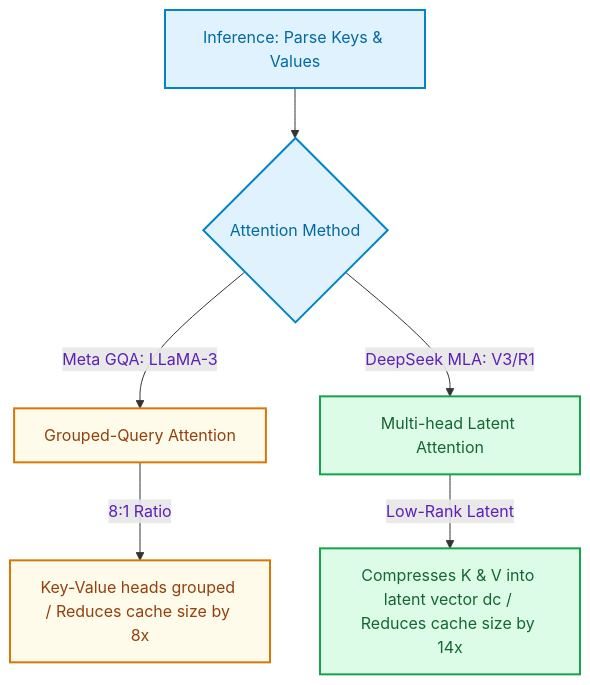
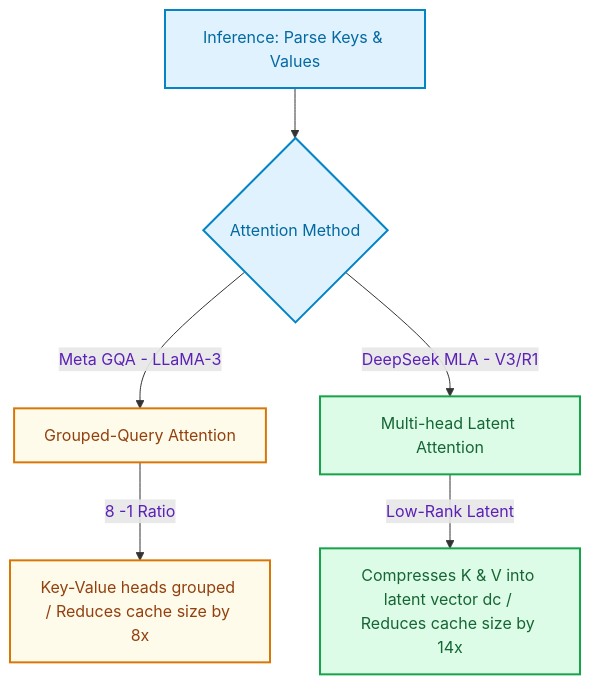
Before and after one commit to akmalkhaniub/akmalkhaniub.github.io: the diagram in blog/posts/kv-cache-compression-mla-vs-gqa.md, drawn with Mermaid. The commit also changed 411 other files, not shown here.

````diff
--- a/blog/posts/kv-cache-compression-mla-vs-gqa.md
+++ b/blog/posts/kv-cache-compression-mla-vs-gqa.md
@@ -24,19 +24,19 @@
 ```mermaid
-graph TD
+flowchart TD
     classDef check fill:#e0f2fe,stroke:#0284c7,stroke-width:2px,color:#0369a1;
     classDef gqaStyle fill:#fffbeb,stroke:#d97706,stroke-width:2px,color:#92400e;
     classDef mlaStyle fill:#dcfce7,stroke:#16a34a,stroke-width:2px,color:#166534;
     classDef label fill:#f3e8ff,stroke:#7c3aed,stroke-width:2px,color:#5b21b6;
 
     Start[Inference: Parse Keys & Values] --> Compression{Attention Method}
     
-    Compression -->|Meta GQA: LLaMA-3| PathGQA[Grouped-Query Attention]
-    Compression -->|DeepSeek MLA: V3/R1| PathMLA[Multi-head Latent Attention]
+    Compression -->|Meta GQA - LLaMA-3| PathGQA[Grouped-Query Attention]
+    Compression -->|DeepSeek MLA - V3/R1| PathMLA[Multi-head Latent Attention]
     
-    PathGQA -->|8:1 Ratio| HBM_Save1[Key-Value heads grouped / Reduces cache size by 8x]
+    PathGQA -->|8 -1 Ratio| HBM_Save1[Key-Value heads grouped / Reduces cache size by 8x]
     PathMLA -->|Low-Rank Latent| HBM_Save2[Compresses K & V into latent vector dc / Reduces cache size by 14x]
 
     class Start,Compression check;
     class PathGQA,HBM_Save1 gqaStyle;
     class PathMLA,HBM_Save2 mlaStyle;
 ```
````
